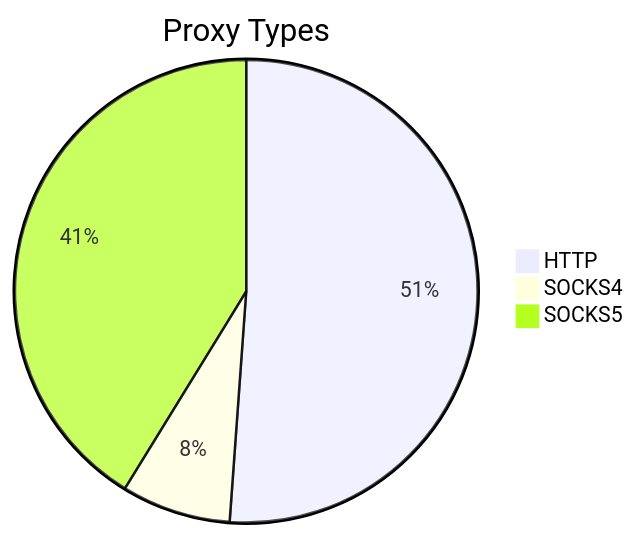
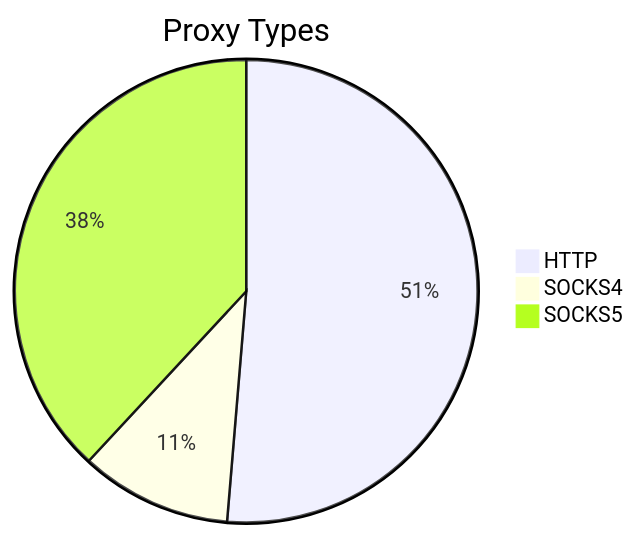
Before and after one commit to stormsia/proxy-list: the first of 2 diagrams in README.md, drawn with Mermaid. The commit also changed other lines of this file, not shown here.

````diff
--- a/README.md
+++ b/README.md
@@ -21,6 +21,6 @@
 ```mermaid
 pie title Proxy Types
-    "HTTP" : 134
-    "SOCKS4" : 20
-    "SOCKS5" : 108
+    "HTTP" : 291
+    "SOCKS4" : 60
+    "SOCKS5" : 216
 ```
````
